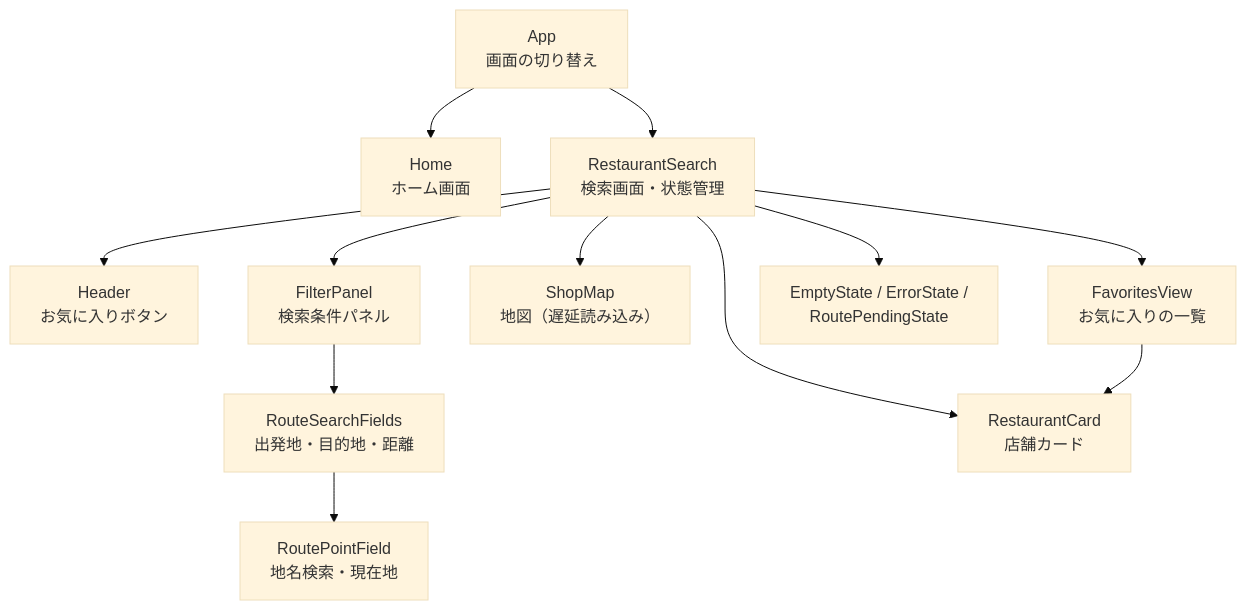
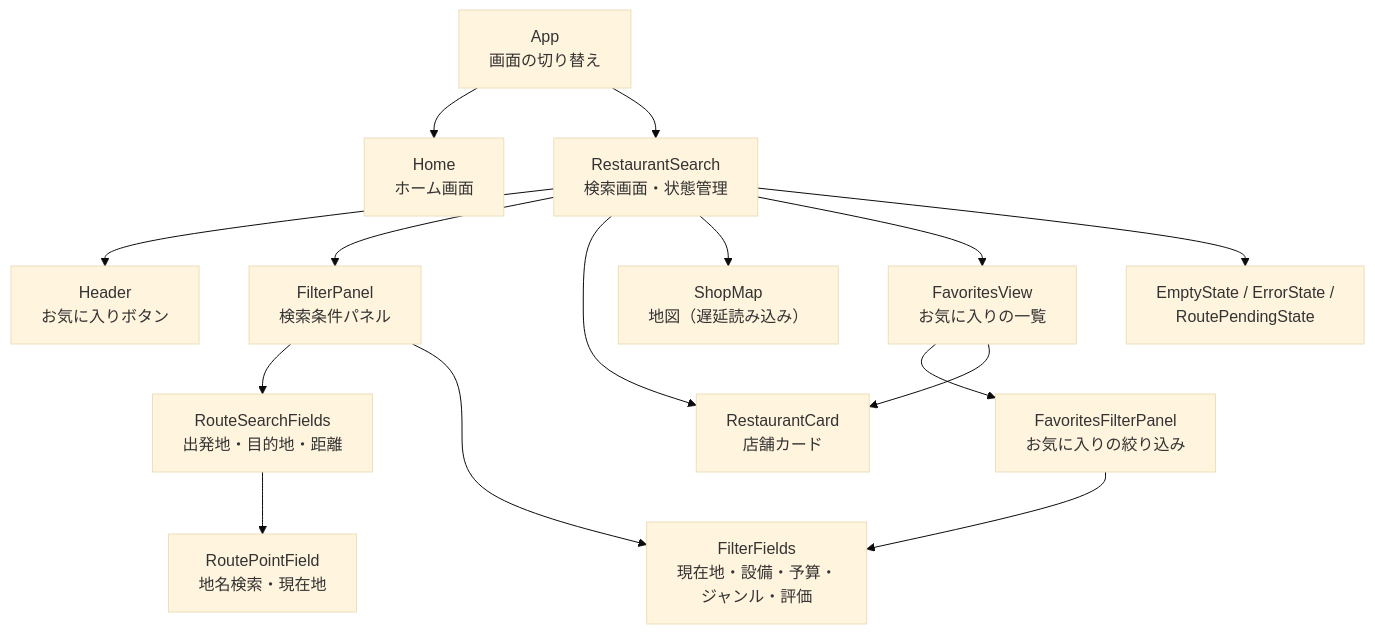
Before and after one commit to yokotaka9160/Find-Restaurant-App: the second of 8 diagrams in docs/design.md, drawn with Mermaid (base theme). The commit also changed other lines of this file and 10 other files, not shown here.

````diff
--- a/docs/design.md
+++ b/docs/design.md
@@ -77,14 +77,17 @@
 ```mermaid
 flowchart TD
   App["App<br/>画面の切り替え"] --> Home["Home<br/>ホーム画面"]
   App --> Search["RestaurantSearch<br/>検索画面・状態管理"]
   Search --> Header["Header<br/>お気に入りボタン"]
   Search --> FilterPanel["FilterPanel<br/>検索条件パネル"]
   FilterPanel --> RouteFields["RouteSearchFields<br/>出発地・目的地・距離"]
   RouteFields --> PointField["RoutePointField<br/>地名検索・現在地"]
+  FilterPanel --> Fields["FilterFields<br/>現在地・設備・予算・<br/>ジャンル・評価"]
   Search --> Card["RestaurantCard<br/>店舗カード"]
   Search --> Map["ShopMap<br/>地図（遅延読み込み）"]
   Search --> Favorites["FavoritesView<br/>お気に入りの一覧"]
+  Favorites --> FavPanel["FavoritesFilterPanel<br/>お気に入りの絞り込み"]
+  FavPanel --> Fields
   Favorites --> Card
   Search --> States["EmptyState / ErrorState /<br/>RoutePendingState"]
 ```
````
